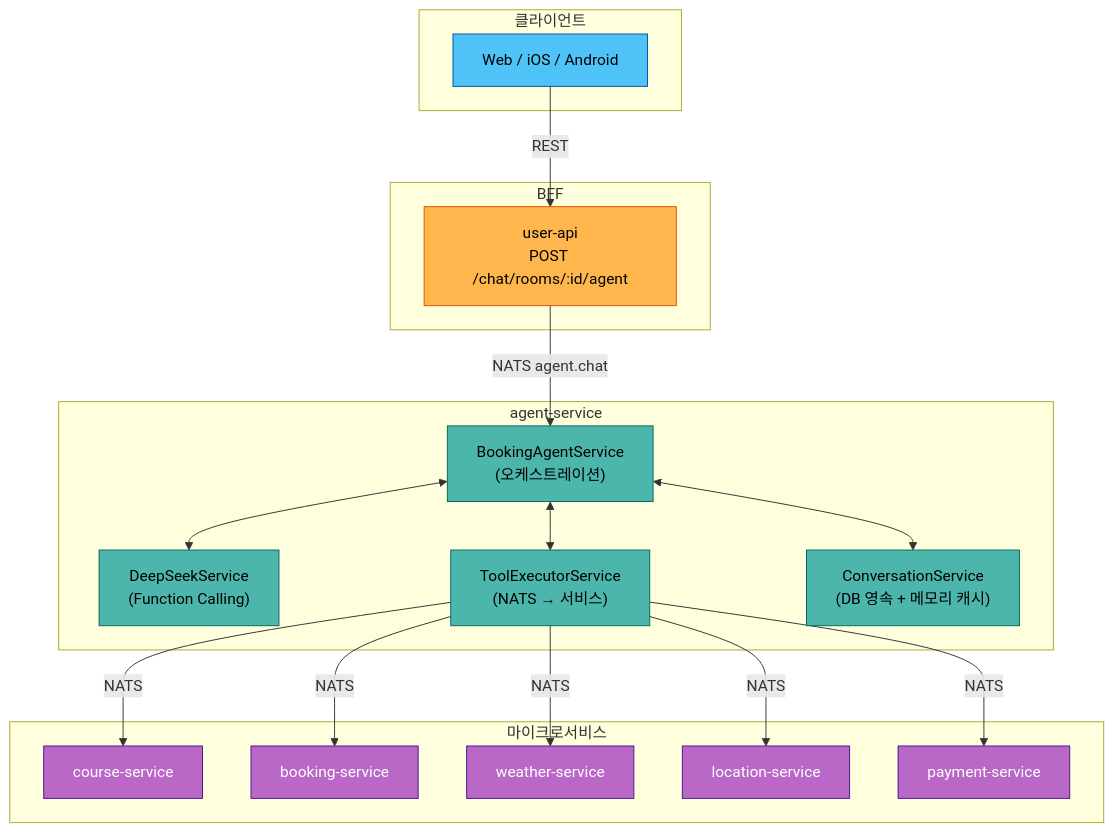
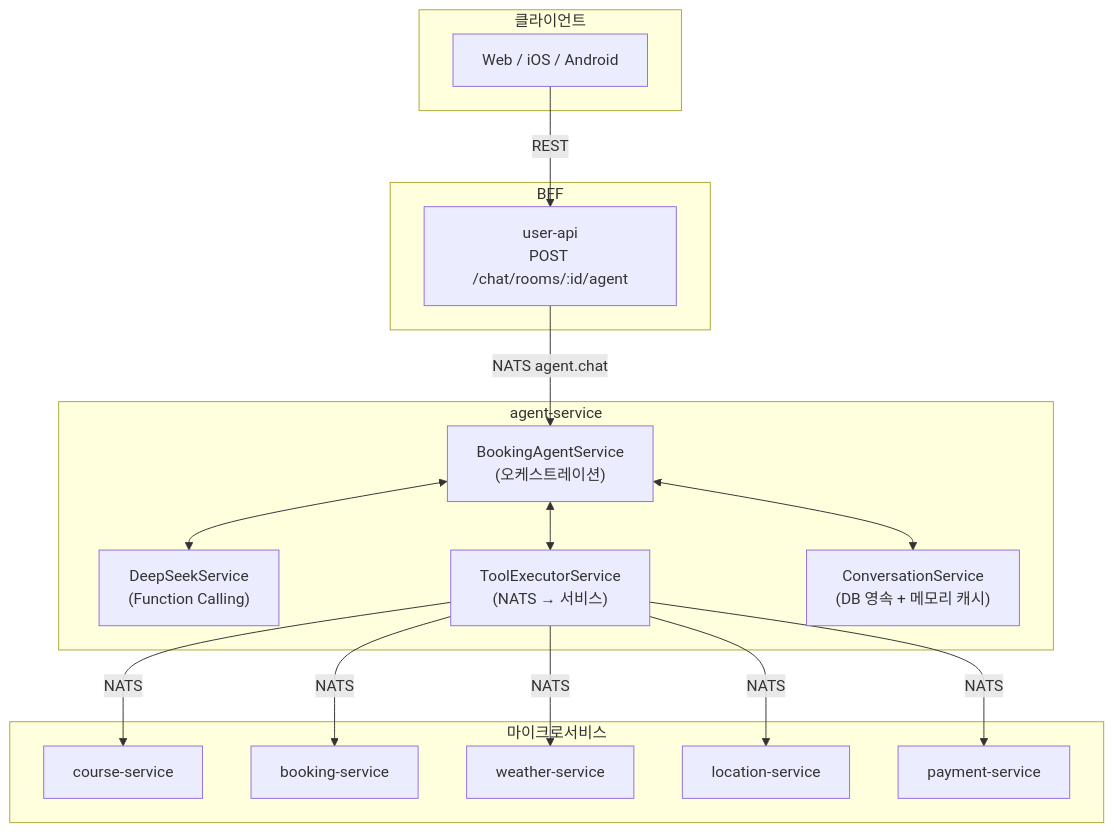
One commit to uniyous/parkgolf-platform changed the first of 4 diagrams in docs/workflow/AGENT.md. Above: the diagram before and after it, drawn with Mermaid. The commit also changed other lines of this file, not shown here.

First line of the commit message:
docs(agent): AGENT.md 전체 현행화 및 심플화 (1352→565줄)

````diff
--- a/docs/workflow/AGENT.md
+++ b/docs/workflow/AGENT.md
@@ -24,45 +22,36 @@
 ```mermaid
 graph TB
     subgraph Client["클라이언트"]
         App["Web / iOS / Android"]
     end
 
     subgraph BFF
         API["user-api<br/>POST /chat/rooms/:id/agent"]
     end
 
     subgraph Agent["agent-service"]
         BA["BookingAgentService<br/>(오케스트레이션)"]
         DS["DeepSeekService<br/>(Function Calling)"]
         TE["ToolExecutorService<br/>(NATS → 서비스)"]
         Conv["ConversationService<br/>(DB 영속 + 메모리 캐시)"]
     end
 
     subgraph Services["마이크로서비스"]
         CS["course-service"]
         BS["booking-service"]
         WS["weather-service"]
         LS["location-service"]
         PS["payment-service"]
     end
 
     App -->|REST| API
     API -->|"NATS agent.chat"| BA
     BA <--> DS
     BA <--> TE
     BA <--> Conv
     TE -->|NATS| CS
     TE -->|NATS| BS
     TE -->|NATS| WS
     TE -->|NATS| LS
     TE -->|NATS| PS
-
-    classDef client fill:#4fc3f7,stroke:#01579b,color:#000
-    classDef bff fill:#ffb74d,stroke:#e65100,color:#000
-    classDef agent fill:#4db6ac,stroke:#00695c,color:#000
-    classDef svc fill:#ba68c8,stroke:#4a148c,color:#fff
-    class App client
-    class API bff
-    class BA,DS,TE,Conv agent
-    class CS,BS,WS,LS,PS svc
 ```
````
